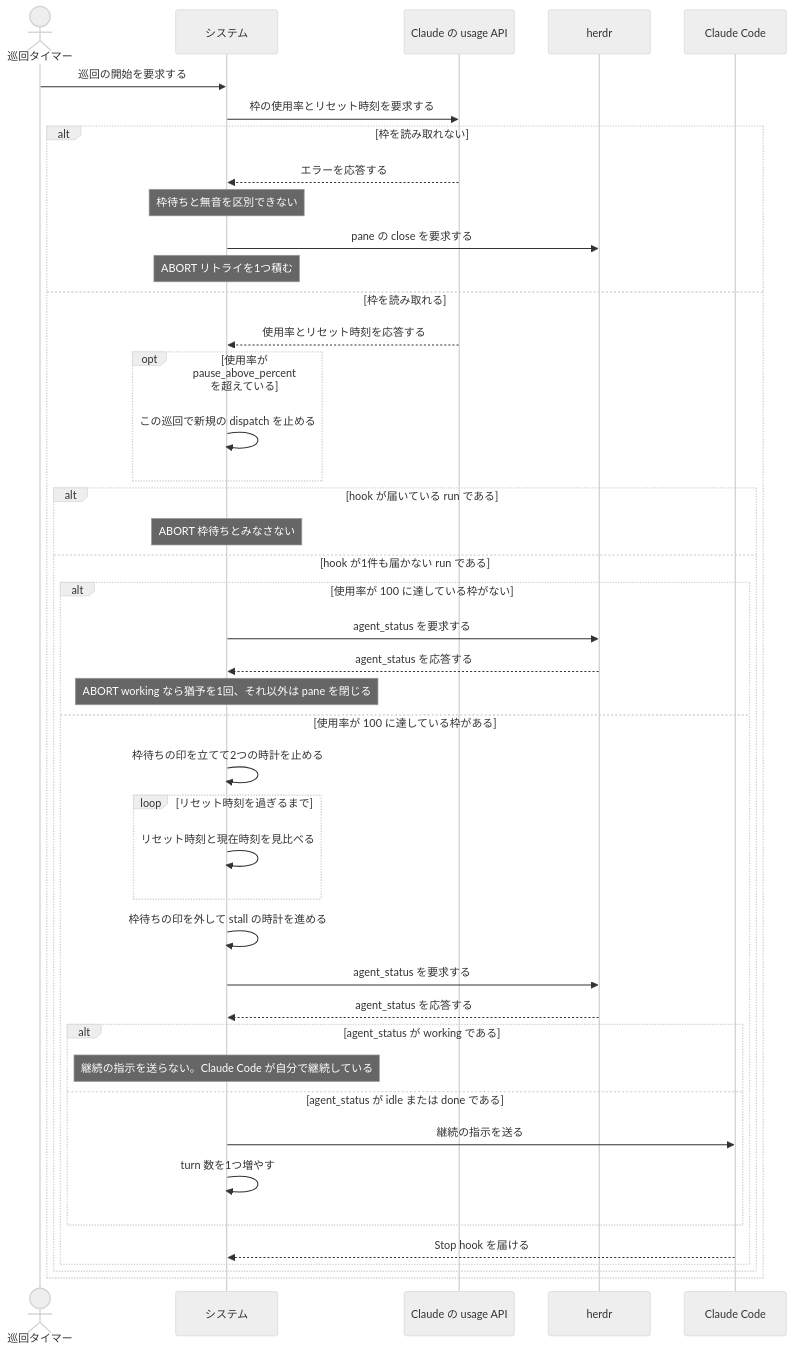
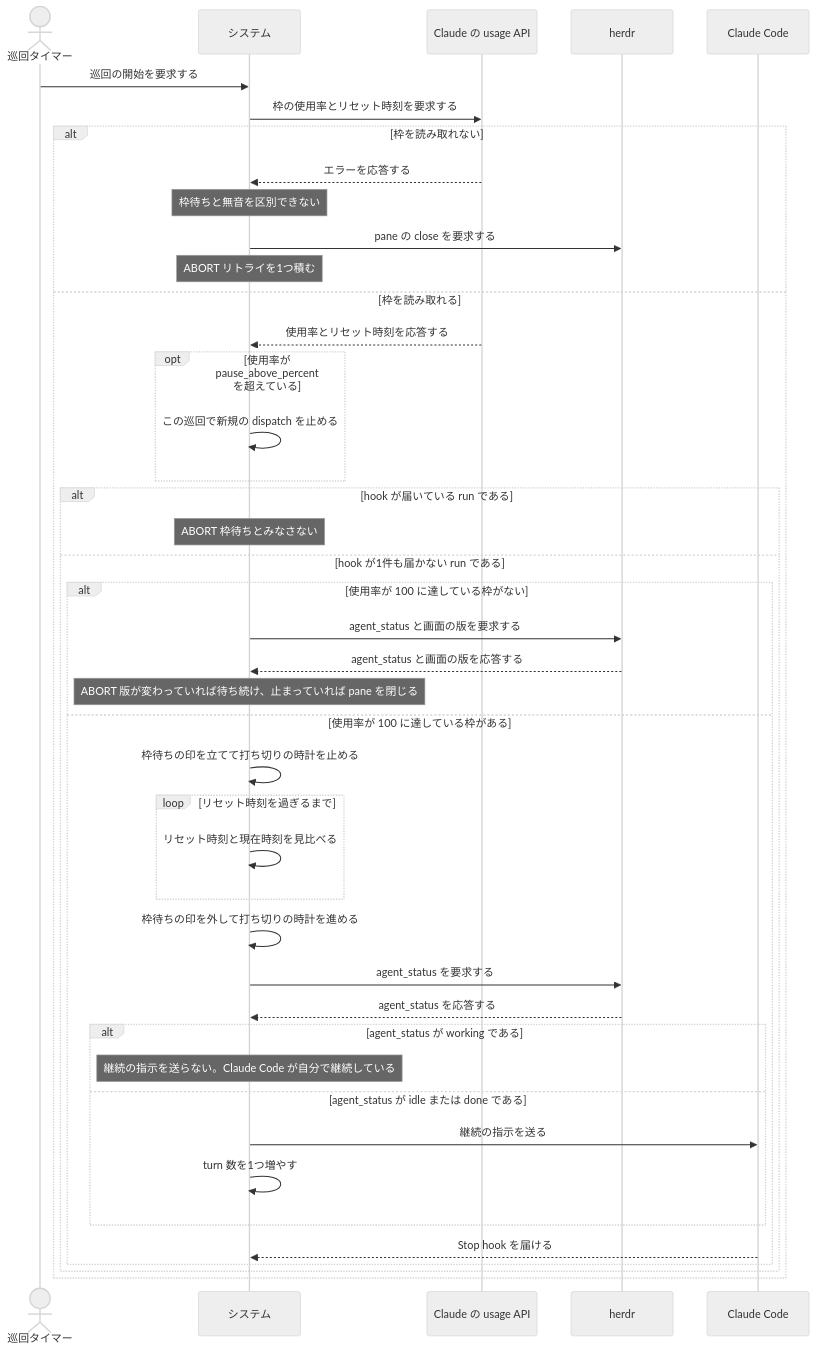
One commit to maimuzo/continuo changed the second of 2 diagrams in docs/spec/usecases/particular_case/レートリミットで待って再開する.rucm.md. Above: the diagram before and after it, drawn with Mermaid (neutral theme). The commit also changed other lines of this file and 41 other files, not shown here.

````diff
--- a/docs/spec/usecases/particular_case/レートリミットで待って再開する.rucm.md
+++ b/docs/spec/usecases/particular_case/レートリミットで待って再開する.rucm.md
@@ -187,46 +187,46 @@
 ```mermaid
 sequenceDiagram
     actor T as 巡回タイマー
     participant S as システム
     participant API as Claude の usage API
     participant H as herdr
     participant CC as Claude Code
 
     T->>S: 巡回の開始を要求する
     S->>API: 枠の使用率とリセット時刻を要求する
     alt 枠を読み取れない
         API-->>S: エラーを応答する
         Note over S: 枠待ちと無音を区別できない
         S->>H: pane の close を要求する
         Note over S: ABORT リトライを1つ積む
     else 枠を読み取れる
         API-->>S: 使用率とリセット時刻を応答する
         opt 使用率が pause_above_percent を超えている
             S->>S: この巡回で新規の dispatch を止める
         end
         alt hook が届いている run である
             Note over S: ABORT 枠待ちとみなさない
         else hook が1件も届かない run である
             alt 使用率が 100 に達している枠がない
-                S->>H: agent_status を要求する
-                H-->>S: agent_status を応答する
-                Note over S: ABORT working なら猶予を1回、それ以外は pane を閉じる
+                S->>H: agent_status と画面の版を要求する
+                H-->>S: agent_status と画面の版を応答する
+                Note over S: ABORT 版が変わっていれば待ち続け、止まっていれば pane を閉じる
             else 使用率が 100 に達している枠がある
-                S->>S: 枠待ちの印を立てて2つの時計を止める
+                S->>S: 枠待ちの印を立てて打ち切りの時計を止める
                 loop リセット時刻を過ぎるまで
                     S->>S: リセット時刻と現在時刻を見比べる
                 end
-                S->>S: 枠待ちの印を外して stall の時計を進める
+                S->>S: 枠待ちの印を外して打ち切りの時計を進める
                 S->>H: agent_status を要求する
                 H-->>S: agent_status を応答する
                 alt agent_status が working である
                     Note over S: 継続の指示を送らない。Claude Code が自分で継続している
                 else agent_status が idle または done である
                     S->>CC: 継続の指示を送る
                     S->>S: turn 数を1つ増やす
                 end
                 CC-->>S: Stop hook を届ける
             end
         end
     end
 ```
````
